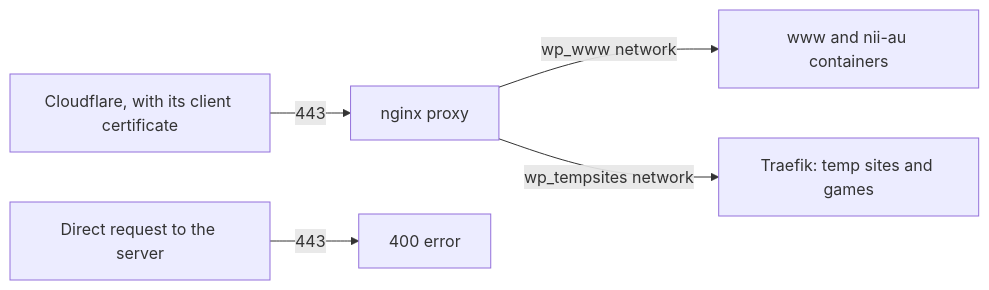
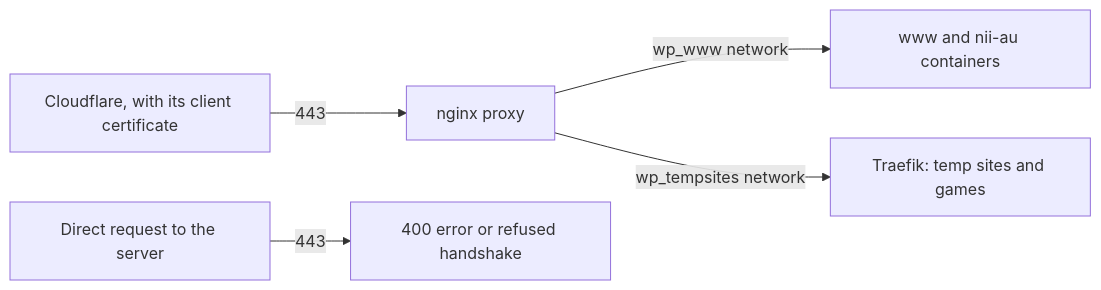
Before and after one commit to whenparty/whenparty: the diagram in infra/README.md, drawn with Mermaid. The commit also changed other lines of this file and 25 other files, not shown here.

````diff
--- a/infra/README.md
+++ b/infra/README.md
@@ -7,7 +7,7 @@
 ```mermaid
 flowchart LR
   cloudflare["Cloudflare, with its client certificate"] -->|443| nginx[nginx proxy]
-  direct[Direct request to the server] -->|443| reject[400 error]
+  direct[Direct request to the server] -->|443| reject["400 error or refused handshake"]
   nginx -->|wp_www network| sites["www and nii-au containers"]
   nginx -->|wp_tempsites network| traefik["Traefik: temp sites and games"]
 ```
````
